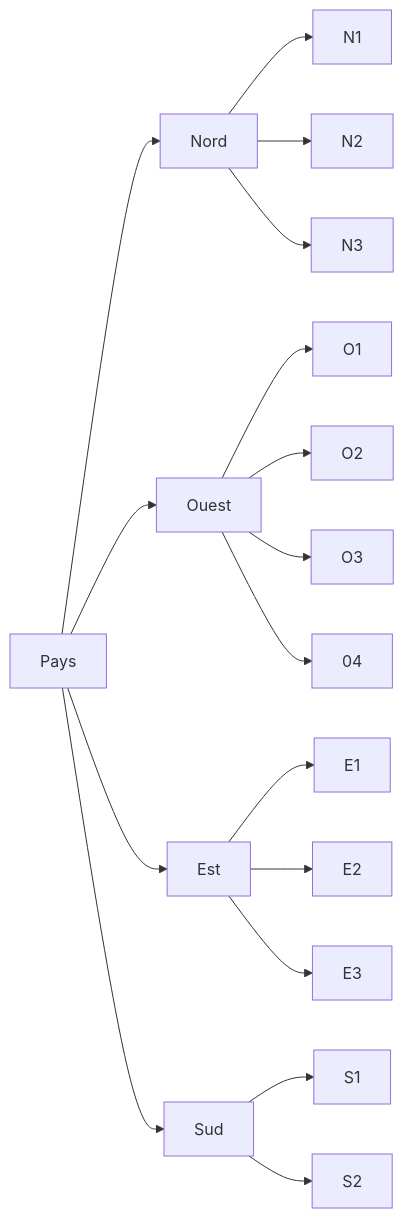
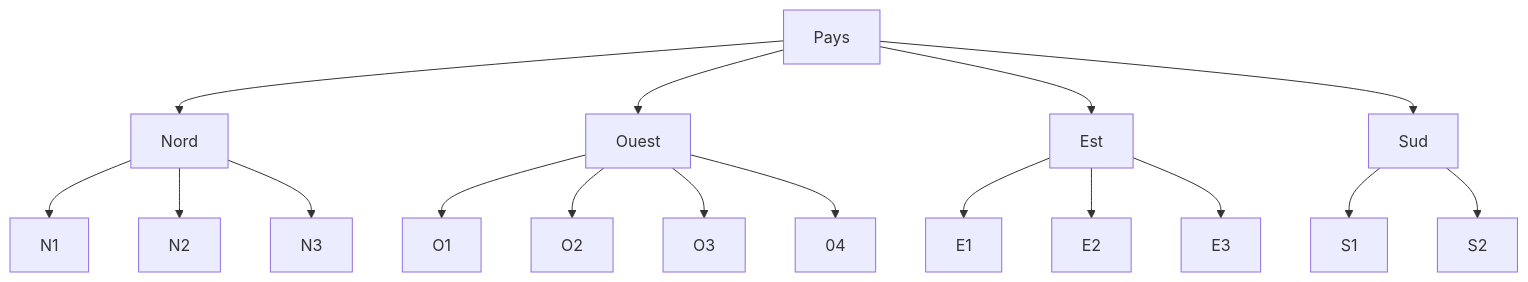
Before and after one commit to InseeFrLab/manuel-protection-tableaux: the diagram in 02_notions.qmd, drawn with Mermaid. The commit also changed other lines of this file and 68 other files, not shown here.

````diff
--- a/02_notions.qmd
+++ b/02_notions.qmd
@@ -138,19 +138,19 @@
 ```{mermaid}
-flowchart LR
+flowchart TD
   A[Pays] --> B[Nord]
   A[Pays] --> C[Ouest]
   A[Pays] --> D[Est]
   A[Pays] --> E[Sud]
   B --> F[N1]
   B --> G[N2]
   B --> H[N3]
   C --> I[O1]
   C --> J[O2]
   C --> K[O3]
   C --> L[04]
   D --> M[E1]
   D --> N[E2]
   D --> O[E3]
   E --> P[S1]
   E --> Q[S2]
 ```
````
